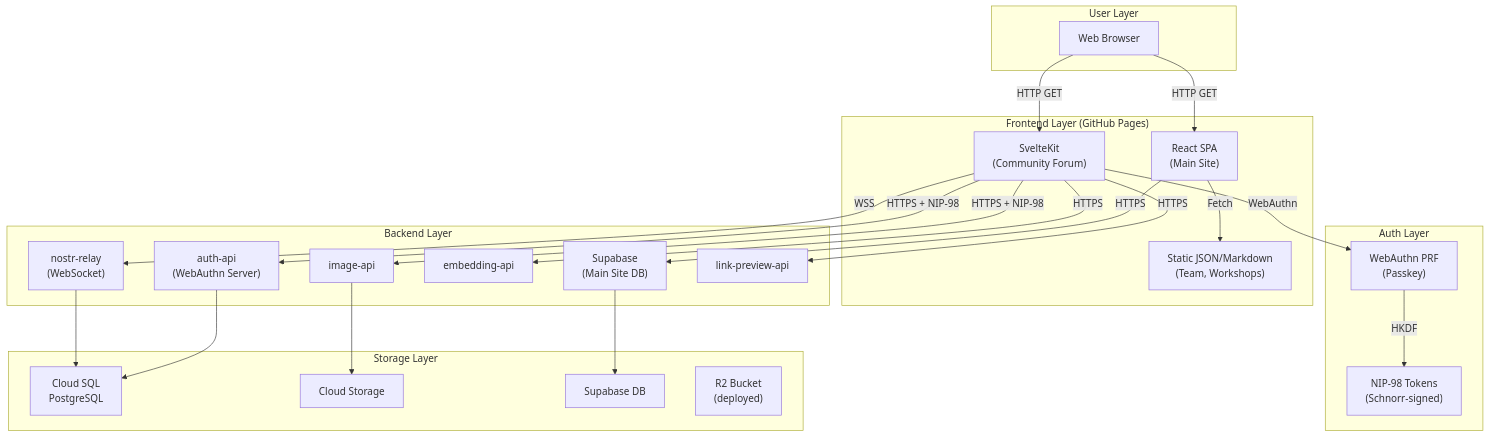
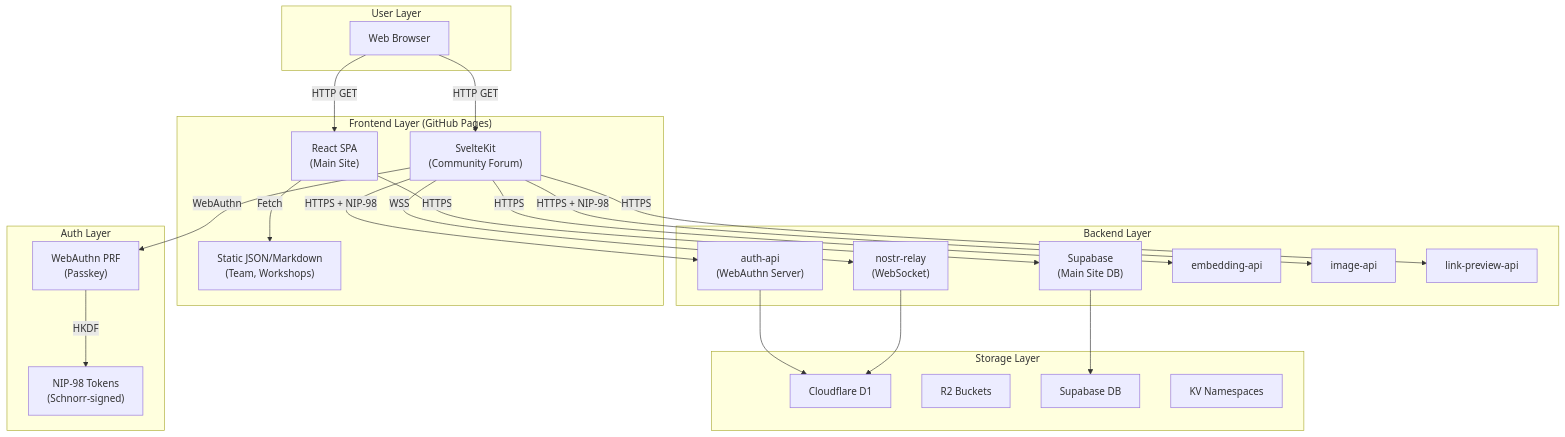
The first of 18 diagrams in docs/architecture/DATA_FLOW.md (DreamLab-AI/dreamlab-ai-website), drawn with Mermaid before and after one commit. The commit also changed other lines of this file and 36 other files, not shown here.

First line of the commit message:
Update 37 docs files: remove GCP references, reflect Cloudflare Workers architecture

````diff
--- a/docs/architecture/DATA_FLOW.md
+++ b/docs/architecture/DATA_FLOW.md
@@ -14,50 +14,49 @@
 ```mermaid
 flowchart TB
     subgraph User["User Layer"]
         Browser["Web Browser"]
     end
 
     subgraph Frontend["Frontend Layer (GitHub Pages)"]
         React["React SPA<br/>(Main Site)"]
         Svelte["SvelteKit<br/>(Community Forum)"]
         StaticData["Static JSON/Markdown<br/>(Team, Workshops)"]
     end
 
     subgraph Auth["Auth Layer"]
         WebAuthn["WebAuthn PRF<br/>(Passkey)"]
         NIP98["NIP-98 Tokens<br/>(Schnorr-signed)"]
     end
 
     subgraph Backend["Backend Layer"]
         Supabase["Supabase<br/>(Main Site DB)"]
         AuthAPI["auth-api<br/>(WebAuthn Server)"]
         Relay["nostr-relay<br/>(WebSocket)"]
         EmbedAPI["embedding-api"]
         ImageAPI["image-api"]
         LinkAPI["link-preview-api"]
     end
 
     subgraph Storage["Storage Layer"]
-        CloudSQL["Cloud SQL<br/>PostgreSQL"]
-        GCS["Cloud Storage"]
+        D1DB["Cloudflare D1"]
+        R2["R2 Buckets"]
         SupabaseDB["Supabase DB"]
-        R2["R2 Bucket<br/>(deployed)"]
+        KV["KV Namespaces"]
     end
 
     Browser -->|HTTP GET| React
     Browser -->|HTTP GET| Svelte
     React -->|Fetch| StaticData
     React -->|HTTPS| Supabase
     Svelte -->|WebAuthn| WebAuthn
     WebAuthn -->|HKDF| NIP98
     Svelte -->|HTTPS + NIP-98| AuthAPI
     Svelte -->|WSS| Relay
     Svelte -->|HTTPS + NIP-98| ImageAPI
     Svelte -->|HTTPS| EmbedAPI
     Svelte -->|HTTPS| LinkAPI
 
     Supabase --> SupabaseDB
-    AuthAPI --> CloudSQL
-    Relay --> CloudSQL
-    ImageAPI --> GCS
+    AuthAPI --> D1DB
+    Relay --> D1DB
 ```
````
